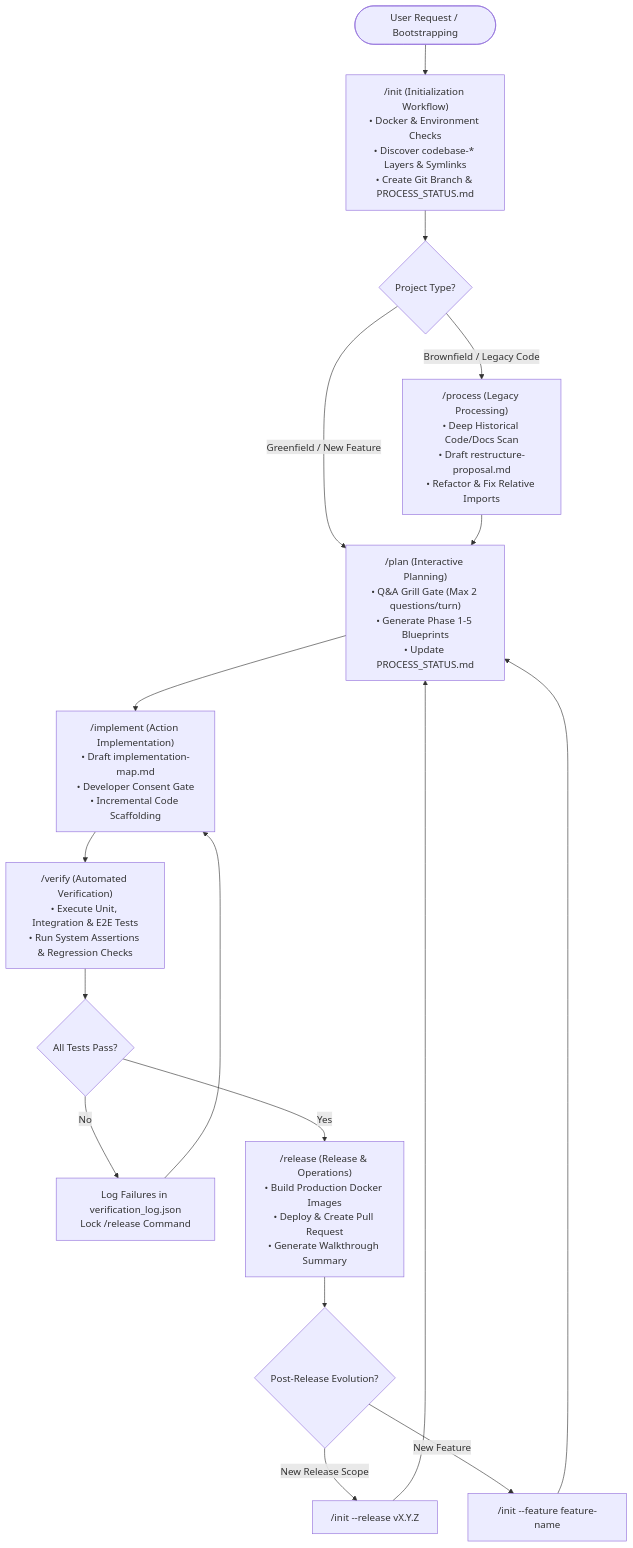
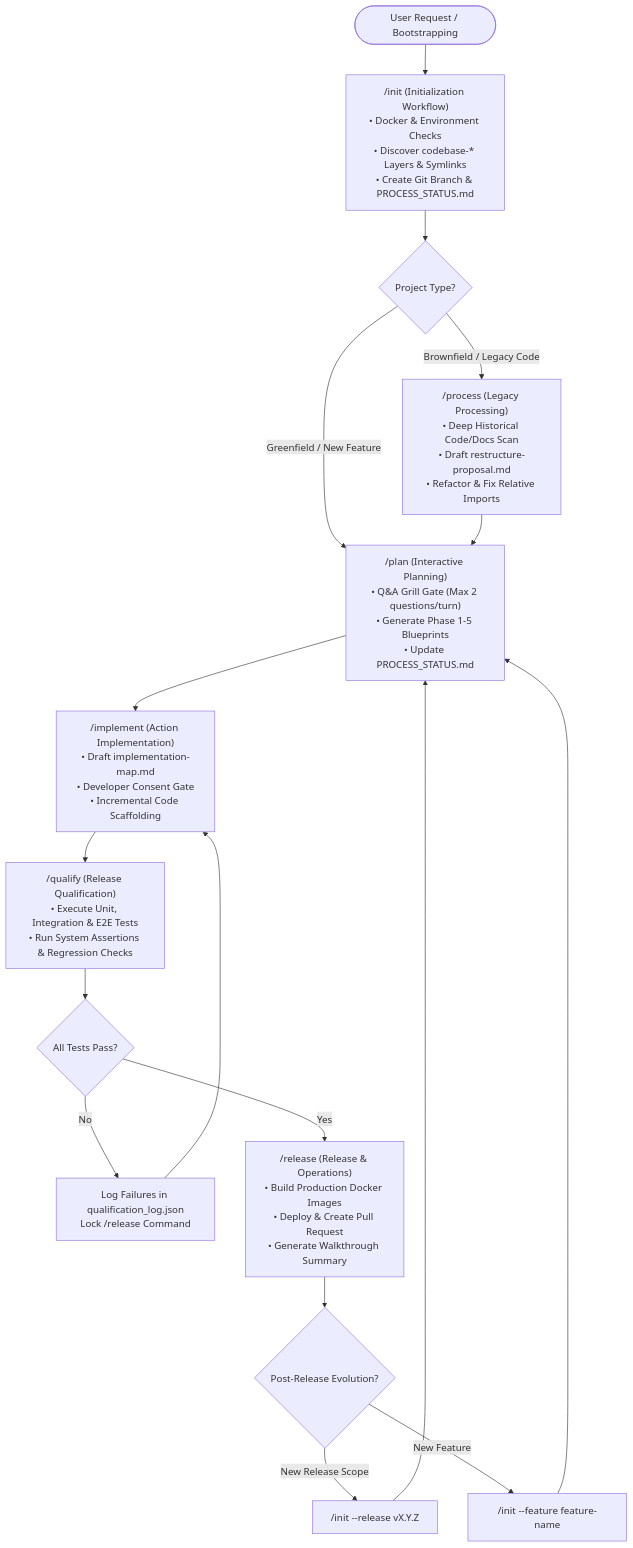
One commit to hrvthgergo/agent-driven-templates changed the diagram in software_dev_elements/summary.md. Above: the diagram before and after it, drawn with Mermaid. The commit also changed other lines of this file and 10 other files, not shown here.

Commit message:
docs: rename /verify to /qualify workflow and add design vocabulary rationale

````diff
--- a/software_dev_elements/summary.md
+++ b/software_dev_elements/summary.md
@@ -111,24 +111,24 @@
 ```mermaid
 graph TD
     Start([User Request / Bootstrapping]) --> Init["/init (Initialization Workflow)<br/>• Docker & Environment Checks<br/>• Discover codebase-* Layers & Symlinks<br/>• Create Git Branch & PROCESS_STATUS.md"]
     
     Init --> CheckType{Project Type?}
     
     CheckType -->|Brownfield / Legacy Code| ProcHist["/process (Legacy Processing)<br/>• Deep Historical Code/Docs Scan<br/>• Draft restructure-proposal.md<br/>• Refactor & Fix Relative Imports"]
     CheckType -->|Greenfield / New Feature| Plan["/plan (Interactive Planning)<br/>• Q&A Grill Gate (Max 2 questions/turn)<br/>• Generate Phase 1-5 Blueprints<br/>• Update PROCESS_STATUS.md"]
     
     ProcHist --> Plan
     
     Plan --> Implement["/implement (Action Implementation)<br/>• Draft implementation-map.md<br/>• Developer Consent Gate<br/>• Incremental Code Scaffolding"]
     
-    Implement --> Verify["/verify (Automated Verification)<br/>• Execute Unit, Integration & E2E Tests<br/>• Run System Assertions & Regression Checks"]
+    Implement --> Qualify["/qualify (Release Qualification)<br/>• Execute Unit, Integration & E2E Tests<br/>• Run System Assertions & Regression Checks"]
     
-    Verify --> TestCheck{All Tests Pass?}
+    Qualify --> TestCheck{All Tests Pass?}
     
-    TestCheck -->|No| Fix["Log Failures in verification_log.json<br/>Lock /release Command"] --> Implement
+    TestCheck -->|No| Fix["Log Failures in qualification_log.json<br/>Lock /release Command"] --> Implement
     TestCheck -->|Yes| Release["/release (Release & Operations)<br/>• Build Production Docker Images<br/>• Deploy & Create Pull Request<br/>• Generate Walkthrough Summary"]
     
     Release --> Evolve{Post-Release Evolution?}
     Evolve -->|New Release Scope| InitRel["/init --release vX.Y.Z"] --> Plan
     Evolve -->|New Feature| InitFeat["/init --feature feature-name"] --> Plan
 ```
````
